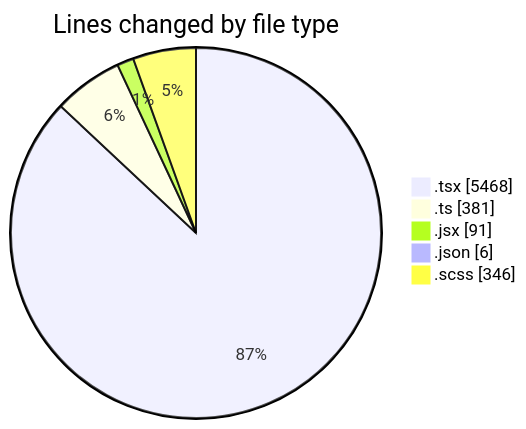
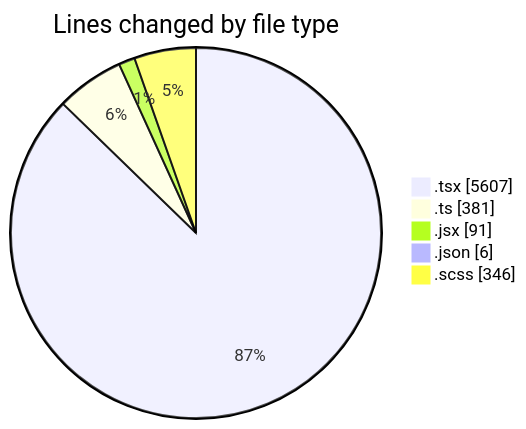
The first of 2 diagrams in 2026-04-27/cda/README.md (momahboobian/code-tracking), drawn with Mermaid before and after one commit. The commit also changed other lines of this file and 1 other file, not shown here.

````diff
--- a/2026-04-27/cda/README.md
+++ b/2026-04-27/cda/README.md
@@ -44,9 +44,9 @@
 ```mermaid
 pie showData
 title Lines changed by file type
-".tsx" : 5468
+".tsx" : 5607
 ".ts" : 381
 ".jsx" : 91
 ".json" : 6
 ".scss" : 346
 ```
````
